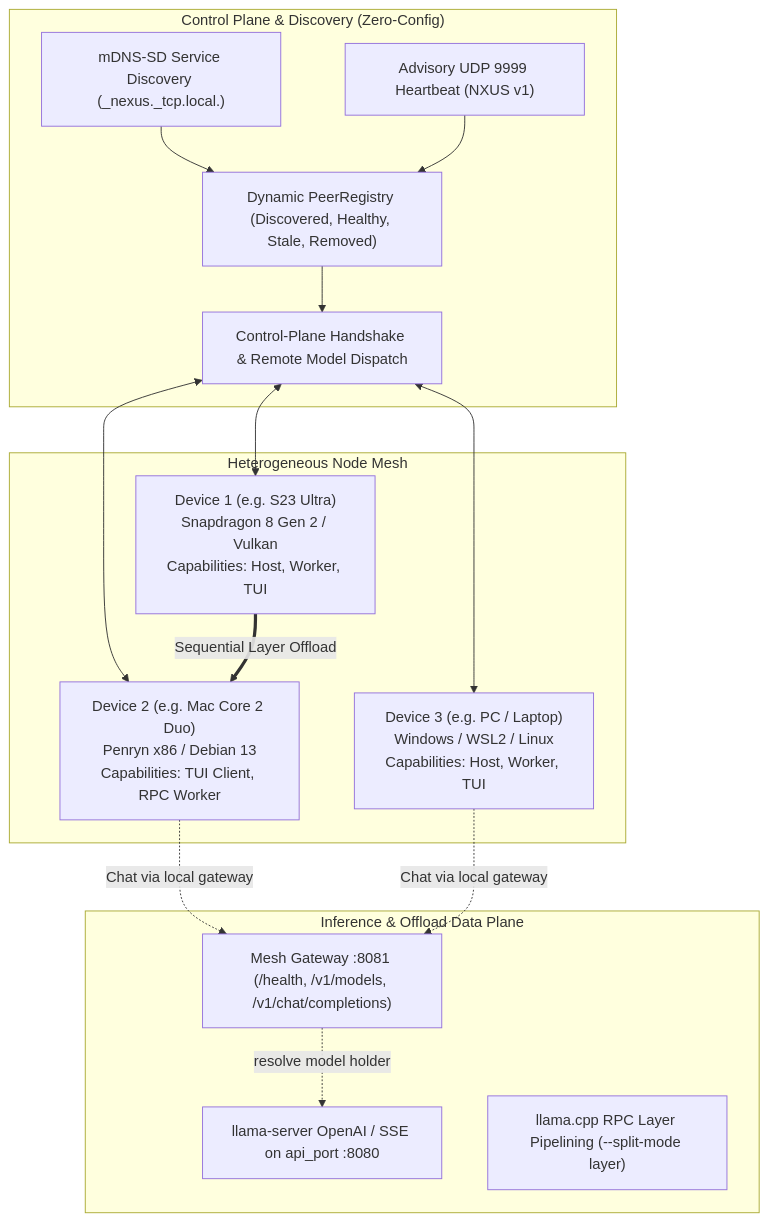
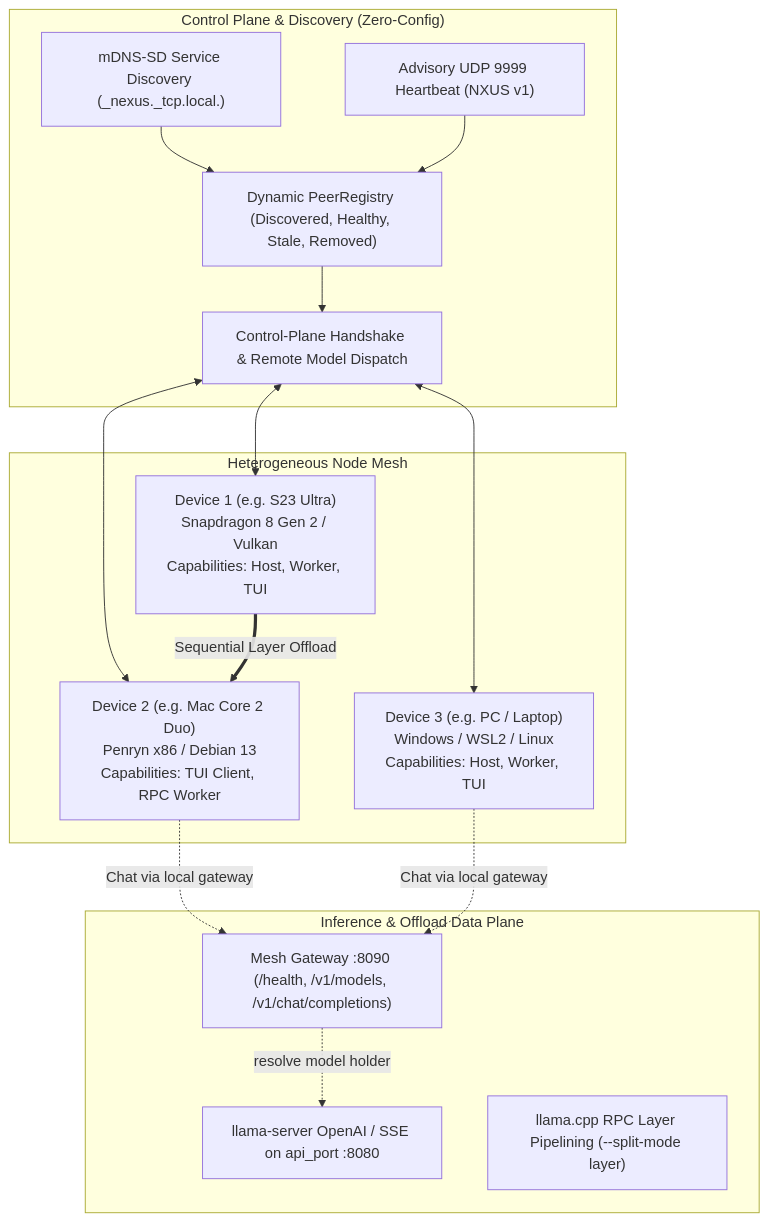
Before and after one commit to TrialBlazer23/nexus-llm: the diagram in DESIGN_SPEC.md, drawn with Mermaid. The commit also changed other lines of this file and 8 other files, not shown here.

````diff
--- a/DESIGN_SPEC.md
+++ b/DESIGN_SPEC.md
@@ -16,33 +16,33 @@
 ```mermaid
 flowchart TD
     subgraph DiscoveryControlPlane["Control Plane & Discovery (Zero-Config)"]
         MDNS["mDNS-SD Service Discovery (_nexus._tcp.local.)"]
         BEACON["Advisory UDP 9999 Heartbeat (NXUS v1)"]
         REGISTRY["Dynamic PeerRegistry (Discovered, Healthy, Stale, Removed)"]
         CTRL["Control-Plane Handshake & Remote Model Dispatch"]
         MDNS --> REGISTRY
         BEACON --> REGISTRY
         REGISTRY --> CTRL
     end
 
     subgraph Nodes["Heterogeneous Node Mesh"]
         N1["Device 1 (e.g. S23 Ultra)<br/>Snapdragon 8 Gen 2 / Vulkan<br/>Capabilities: Host, Worker, TUI"]
         N2["Device 2 (e.g. Mac Core 2 Duo)<br/>Penryn x86 / Debian 13<br/>Capabilities: TUI Client, RPC Worker"]
         N3["Device 3 (e.g. PC / Laptop)<br/>Windows / WSL2 / Linux<br/>Capabilities: Host, Worker, TUI"]
     end
 
     CTRL <--> N1
     CTRL <--> N2
     CTRL <--> N3
 
     subgraph DataPlane["Inference & Offload Data Plane"]
-        GW["Mesh Gateway :8081 (/health, /v1/models, /v1/chat/completions)"]
+        GW["Mesh Gateway :8090 (/health, /v1/models, /v1/chat/completions)"]
         HTTP["llama-server OpenAI / SSE on api_port :8080"]
         RPC["llama.cpp RPC Layer Pipelining (--split-mode layer)"]
     end
 
     N2 -. Chat via local gateway .-> GW
     N3 -. Chat via local gateway .-> GW
     GW -. resolve model holder .-> HTTP
     N1 == Sequential Layer Offload ==> N2
 ```
````
